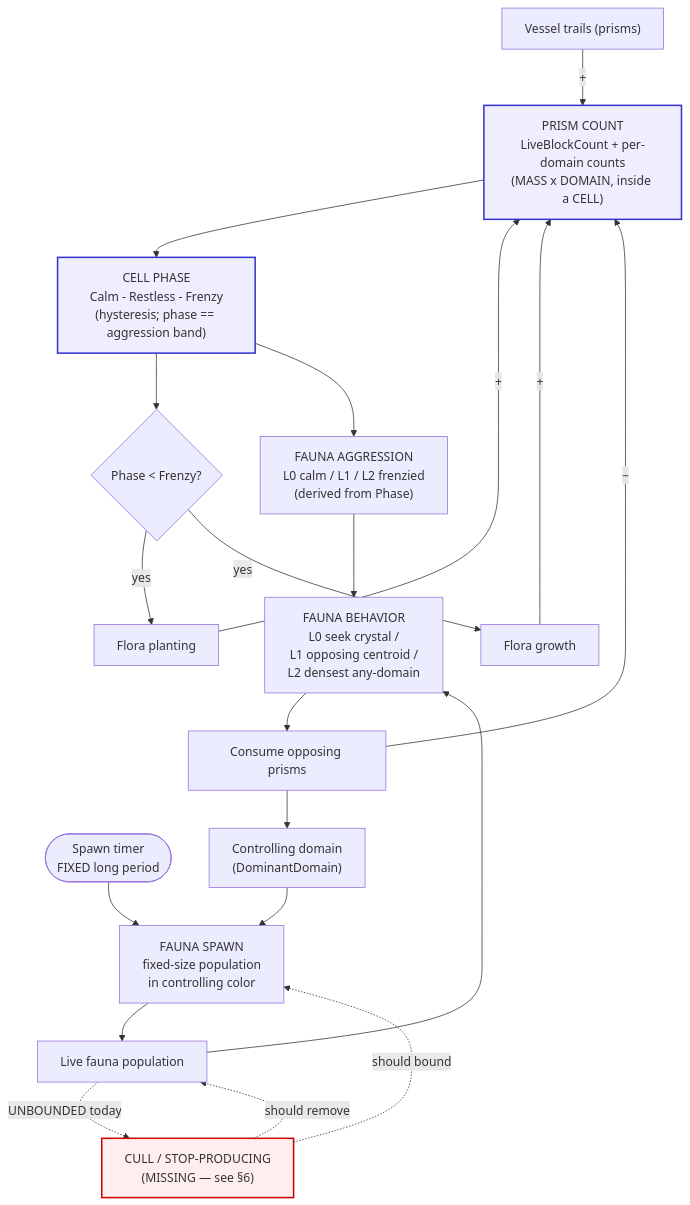
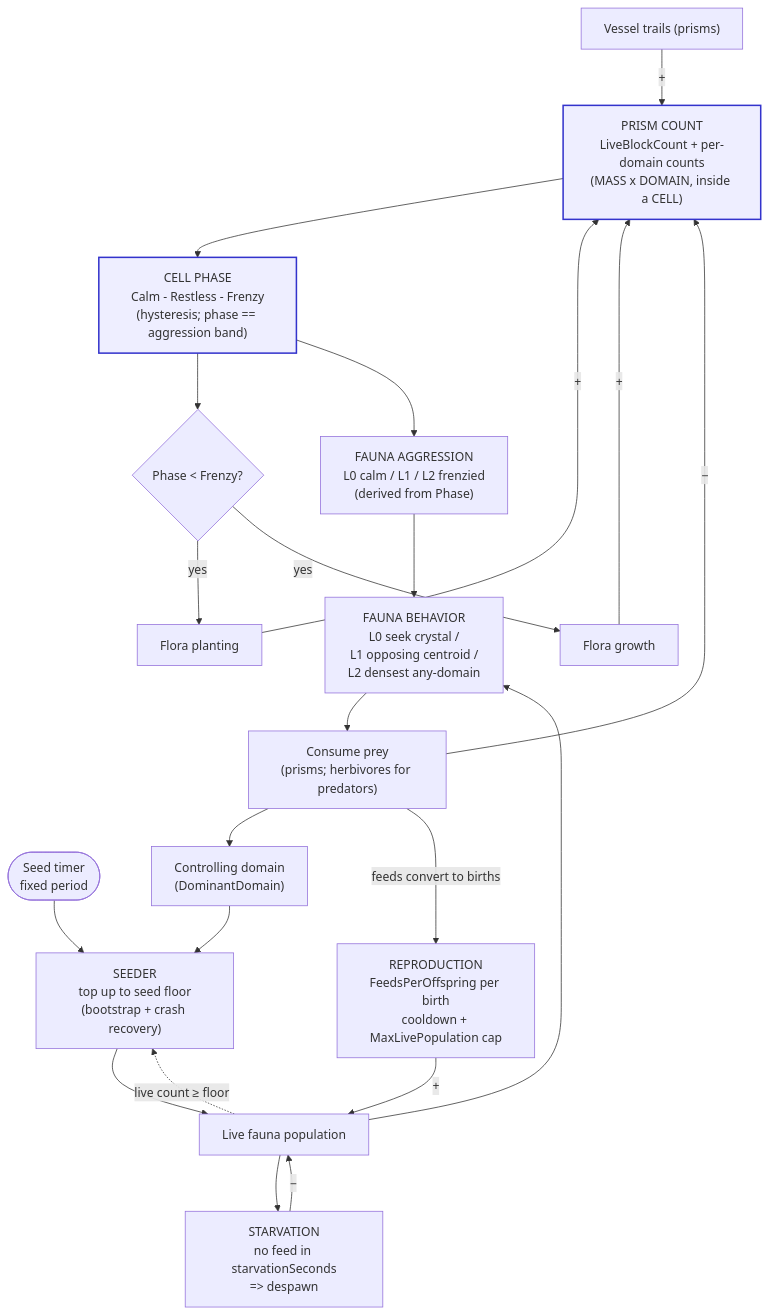
The first of 2 diagrams in Docs/ECOSYSTEM.md (froglet-studio/Cosmic-Shore), drawn with Mermaid before and after one commit. The commit also changed other lines of this file and 3 other files, not shown here.

````diff
--- a/Docs/ECOSYSTEM.md
+++ b/Docs/ECOSYSTEM.md
@@ -98,39 +98,39 @@
 ```mermaid
 flowchart TD
     TRAIL["Vessel trails (prisms)"] -->|+| COUNT
     FPLANT["Flora planting"] -->|+| COUNT
     FGROW["Flora growth"] -->|+| COUNT
 
     COUNT["PRISM COUNT<br/>LiveBlockCount + per-domain counts<br/>(MASS x DOMAIN, inside a CELL)"]
     COUNT --> PHASE["CELL PHASE<br/>Calm - Restless - Frenzy<br/>(hysteresis; phase == aggression band)"]
 
     %% Flora grow + plant at a steady rate until Frenzy (ONE gate, no self-limit)
     PHASE --> GGROW{"Phase &lt; Frenzy?"}
     GGROW -->|yes| FPLANT
     GGROW -->|yes| FGROW
 
     %% Aggression is the ONLY thing prism count feeds into fauna (per redesign)
     PHASE --> AGGRO["FAUNA AGGRESSION<br/>L0 calm / L1 / L2 frenzied<br/>(derived from Phase)"]
 
-    %% Fauna spawn is timer-driven, fixed period + fixed population
-    TIMER(["Spawn timer<br/>FIXED long period"]) --> SPAWN
-    DOM["Controlling domain<br/>(DominantDomain)"] --> SPAWN
-    SPAWN["FAUNA SPAWN<br/>fixed-size population<br/>in controlling color"]
+    %% The seeder only tops the species up to its seed floor (bootstrap/recovery)
+    TIMER(["Seed timer<br/>fixed period"]) --> SEED
+    DOM["Controlling domain<br/>(DominantDomain)"] --> SEED
+    SEED["SEEDER<br/>top up to seed floor<br/>(bootstrap + crash recovery)"]
 
-    SPAWN --> POP["Live fauna population"]
+    SEED --> POP["Live fauna population"]
     AGGRO --> BEHAVE
     POP --> BEHAVE["FAUNA BEHAVIOR<br/>L0 seek crystal /<br/>L1 opposing centroid /<br/>L2 densest any-domain"]
-    BEHAVE --> CONSUME["Consume opposing prisms"]
+    BEHAVE --> CONSUME["Consume prey<br/>(prisms; herbivores for predators)"]
     CONSUME -->|−| COUNT
     CONSUME --> DOM
 
-    %% The missing negative feedback on population
-    POP -.->|UNBOUNDED today| CULL["CULL / STOP-PRODUCING<br/>(MISSING — see §6)"]
-    CULL -.->|should bound| SPAWN
-    CULL -.->|should remove| POP
+    %% Population control — the food web closes the loop both ways
+    CONSUME -->|feeds convert to births| REPRO["REPRODUCTION<br/>FeedsPerOffspring per birth<br/>cooldown + MaxLivePopulation cap"]
+    REPRO -->|+| POP
+    POP --> STARVE["STARVATION<br/>no feed in starvationSeconds<br/>=> despawn"]
+    STARVE -->|−| POP
+    POP -.->|live count ≥ floor| SEED
 
-    classDef missing fill:#fee,stroke:#c00,stroke-width:2px;
     classDef state fill:#eef,stroke:#33c,stroke-width:2px;
-    class CULL missing;
     class COUNT,PHASE state;
 ```
````
